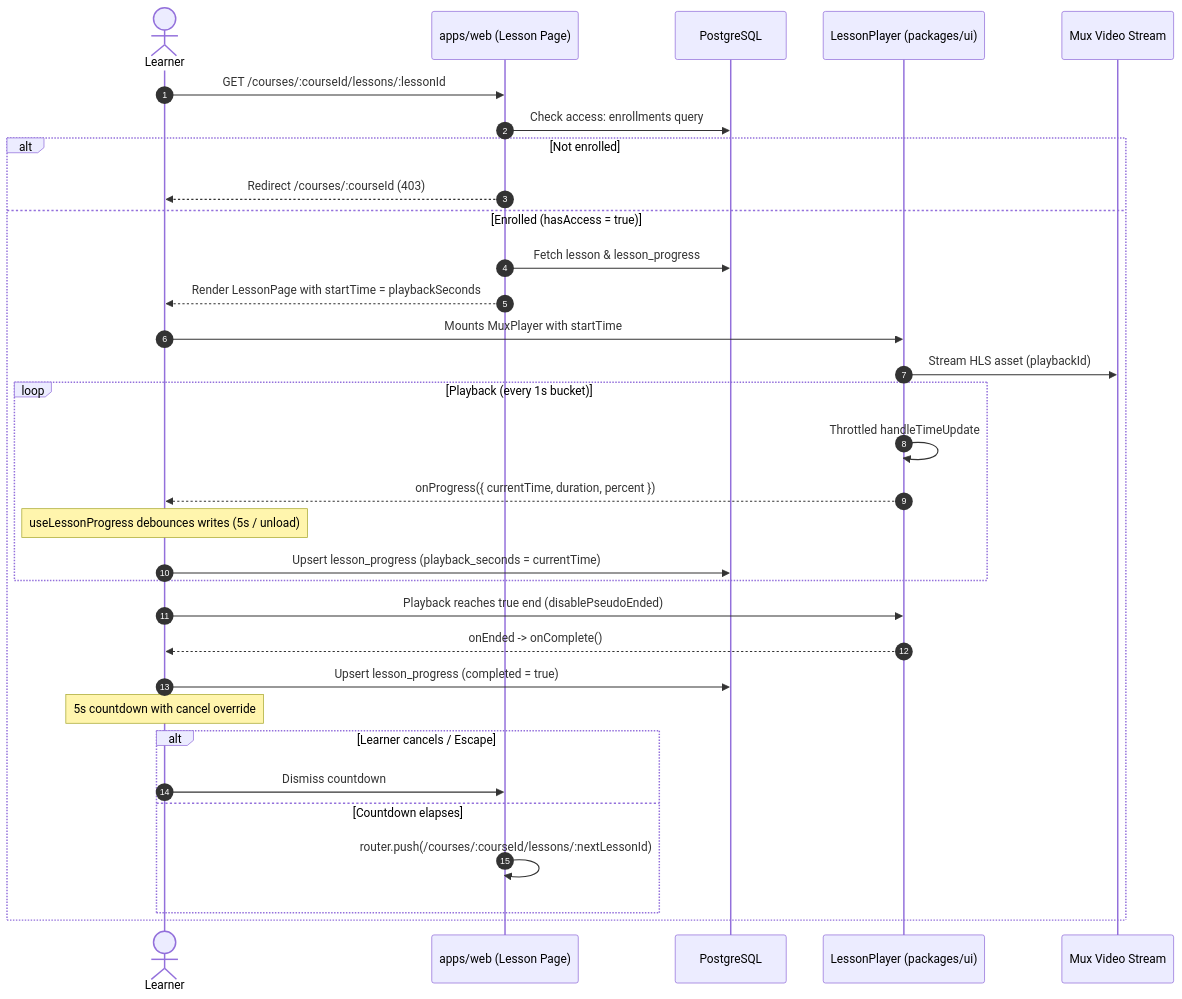
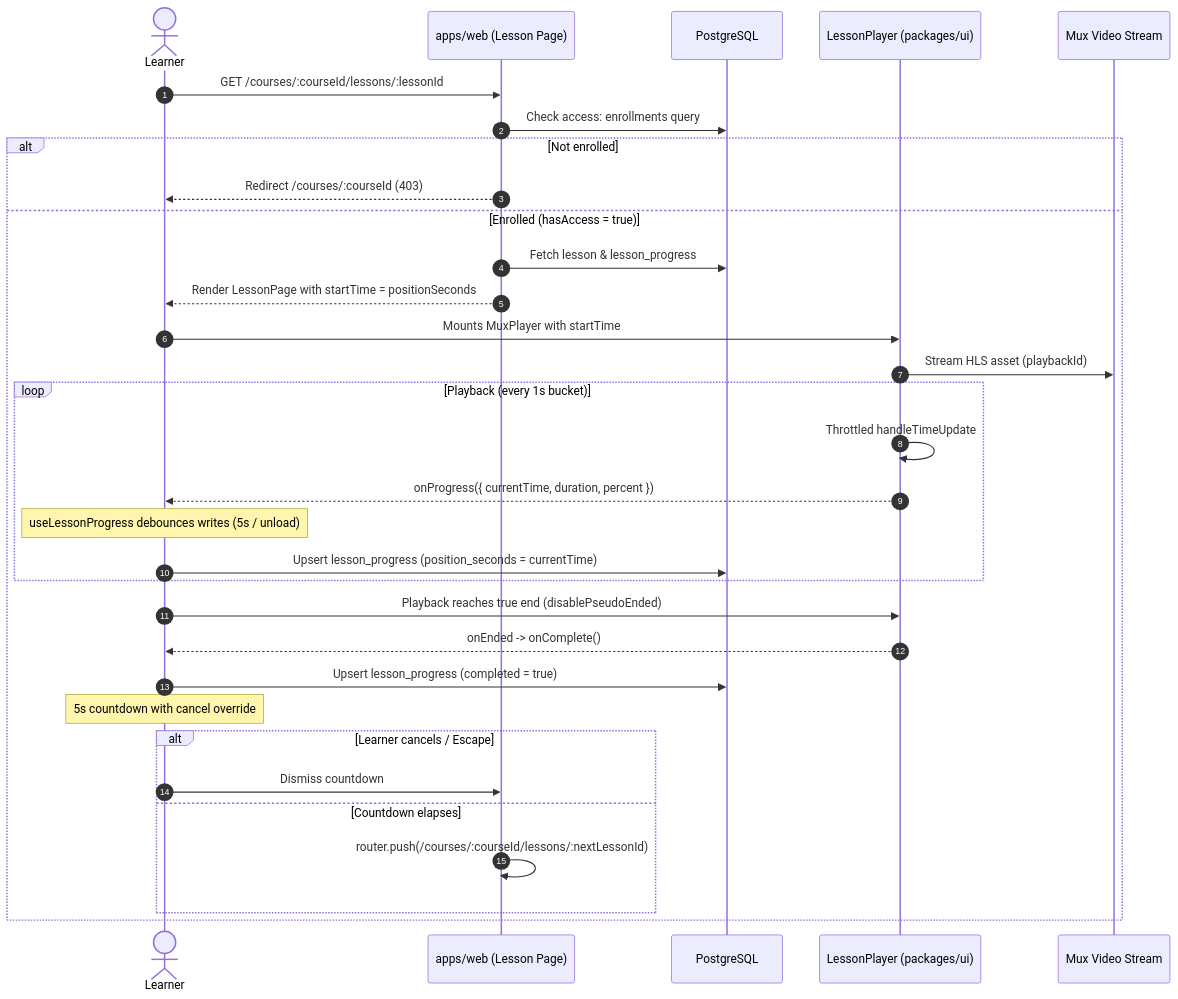
Before and after one commit to paramcodes/lagan: the diagram in docs/features/player-progress.md, drawn with Mermaid. The commit also changed other lines of this file and 3 other files, not shown here.

Commit message:
docs(features): update feature guides and lifecycle diagrams (D7)

````diff
--- a/docs/features/player-progress.md
+++ b/docs/features/player-progress.md
@@ -29,35 +29,35 @@
 ```mermaid
 sequenceDiagram
   autonumber
   actor Learner
   participant Web as apps/web (Lesson Page)
   participant DB as PostgreSQL
   participant Player as LessonPlayer (packages/ui)
   participant Mux as Mux Video Stream
 
   Learner->>Web: GET /courses/:courseId/lessons/:lessonId
   Web->>DB: Check access: enrollments query
   alt Not enrolled
     Web-->>Learner: Redirect /courses/:courseId (403)
   else Enrolled (hasAccess = true)
     Web->>DB: Fetch lesson & lesson_progress
-    Web-->>Learner: Render LessonPage with startTime = playbackSeconds
+    Web-->>Learner: Render LessonPage with startTime = positionSeconds
     Learner->>Player: Mounts MuxPlayer with startTime
     Player->>Mux: Stream HLS asset (playbackId)
     loop Playback (every 1s bucket)
       Player->>Player: Throttled handleTimeUpdate
       Player-->>Learner: onProgress({ currentTime, duration, percent })
       Note over Learner: useLessonProgress debounces writes (5s / unload)
-      Learner->>DB: Upsert lesson_progress (playback_seconds = currentTime)
+      Learner->>DB: Upsert lesson_progress (position_seconds = currentTime)
     end
     Learner->>Player: Playback reaches true end (disablePseudoEnded)
     Player-->>Learner: onEnded -> onComplete()
     Learner->>DB: Upsert lesson_progress (completed = true)
     Note over Learner: 5s countdown with cancel override
     alt Learner cancels / Escape
       Learner->>Web: Dismiss countdown
     else Countdown elapses
       Web->>Web: router.push(/courses/:courseId/lessons/:nextLessonId)
     end
   end
 ```
````
